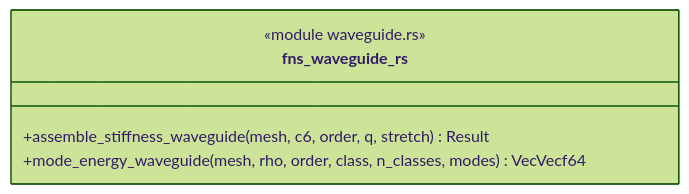
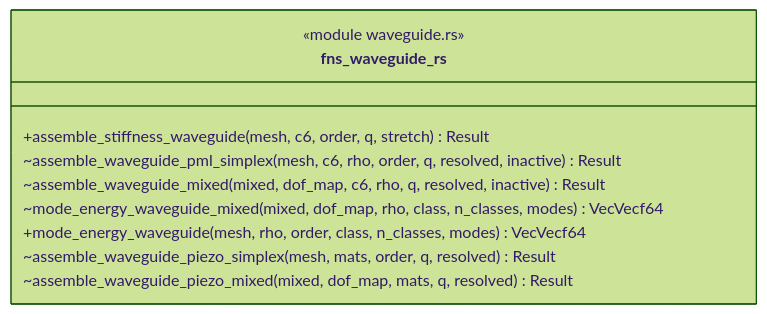
The diagram in docs/architecture/c4/4-code/sms/waveguide.md (p-j-r/nyx), drawn with Mermaid (forest theme) before and after one commit. The commit also changed other lines of this file and 110 other files, not shown here.

````diff
--- a/docs/architecture/c4/4-code/sms/waveguide.md
+++ b/docs/architecture/c4/4-code/sms/waveguide.md
@@ -33,8 +35,13 @@
 ```mermaid
 classDiagram
   class fns_waveguide_rs {
       <<module waveguide.rs>>
       +assemble_stiffness_waveguide(mesh, c6, order, q, stretch) Result
+      ~assemble_waveguide_pml_simplex(mesh, c6, rho, order, q, resolved, inactive) Result
+      ~assemble_waveguide_mixed(mixed, dof_map, c6, rho, q, resolved, inactive) Result
+      ~mode_energy_waveguide_mixed(mixed, dof_map, rho, class, n_classes, modes) VecVecf64
       +mode_energy_waveguide(mesh, rho, order, class, n_classes, modes) VecVecf64
+      ~assemble_waveguide_piezo_simplex(mesh, mats, order, q, resolved) Result
+      ~assemble_waveguide_piezo_mixed(mixed, dof_map, mats, q, resolved) Result
   }
 ```
````
